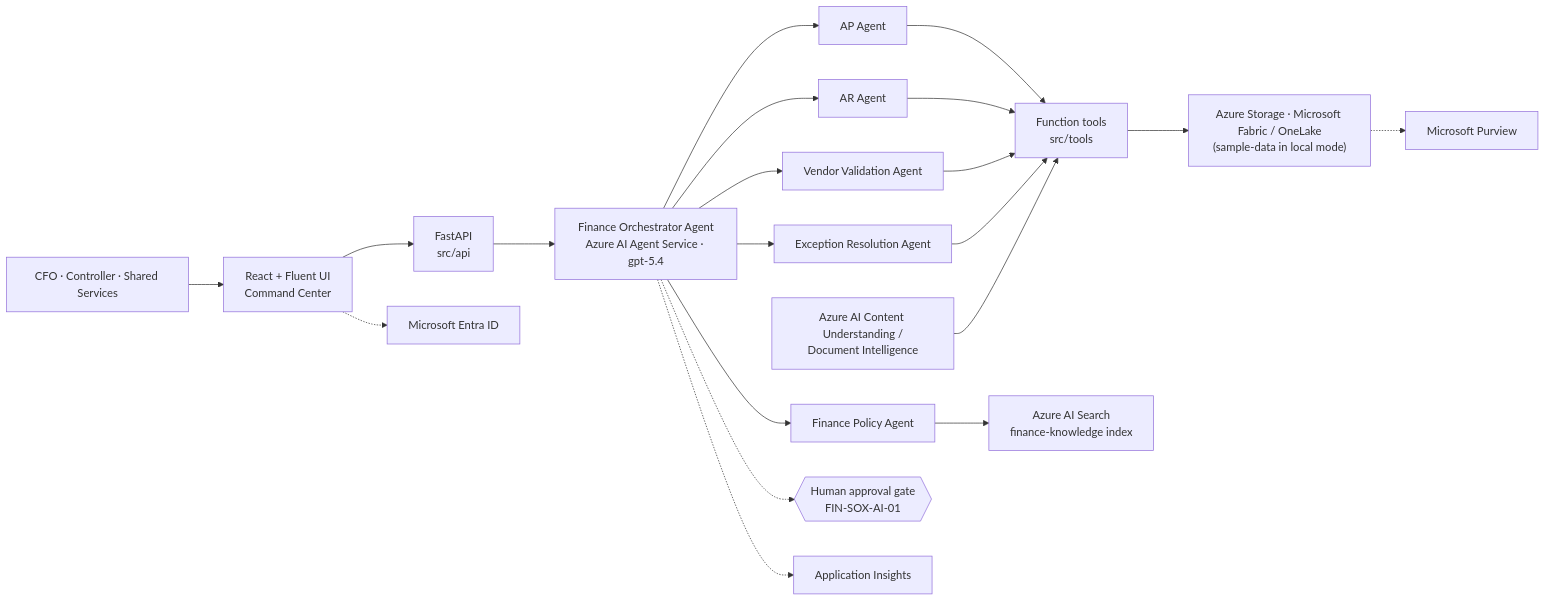
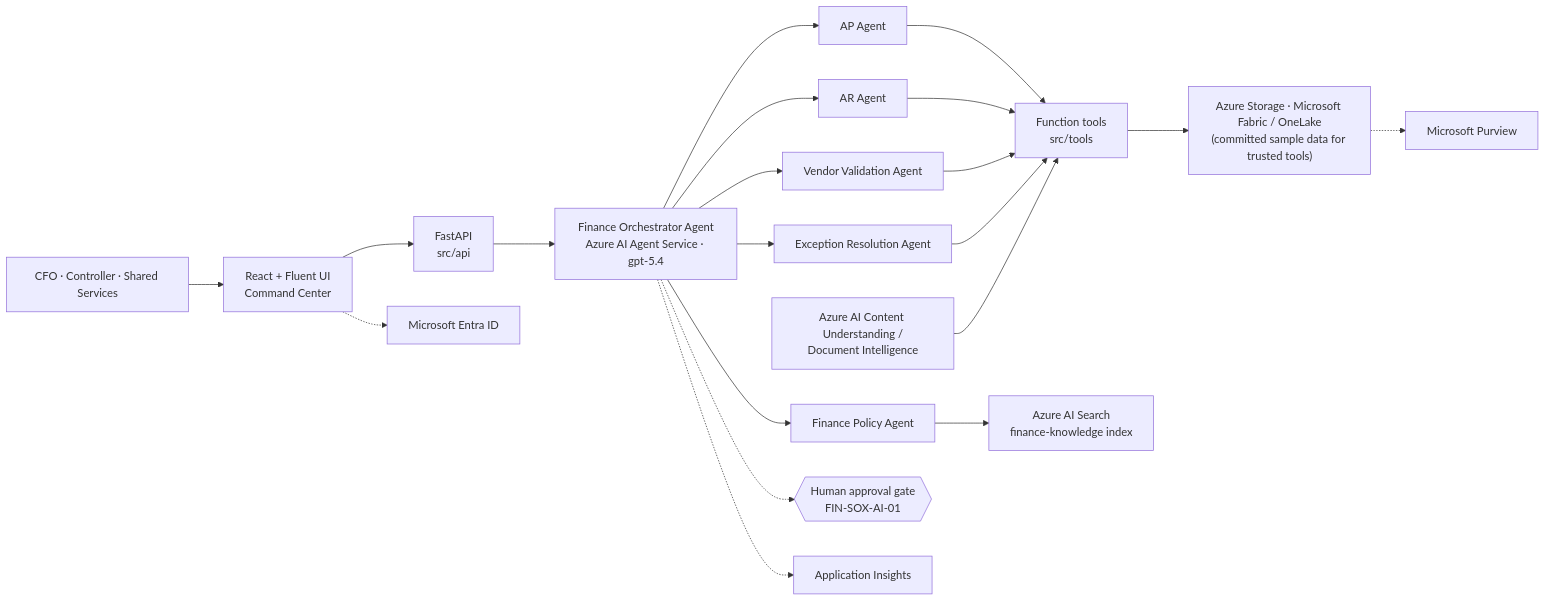
The diagram in README.md (mkabukcu7/ar_ap_demo), drawn with Mermaid before and after one commit. The commit also changed other lines of this file and 5 other files, not shown here.

````diff
--- a/README.md
+++ b/README.md
@@ -26,22 +26,22 @@
 ```mermaid
 flowchart LR
     U["CFO · Controller · Shared Services"] --> UI["React + Fluent UI<br/>Command Center"]
     UI --> API["FastAPI<br/>src/api"]
     API --> ORCH["Finance Orchestrator Agent<br/>Azure AI Agent Service · gpt-5.4"]
 
     ORCH --> AP["AP Agent"]
     ORCH --> AR["AR Agent"]
     ORCH --> POL["Finance Policy Agent"]
     ORCH --> VEN["Vendor Validation Agent"]
     ORCH --> EXC["Exception Resolution Agent"]
 
     AP & AR & VEN & EXC --> TOOLS["Function tools<br/>src/tools"]
     POL --> SEARCH["Azure AI Search<br/>finance-knowledge index"]
-    TOOLS --> DATA["Azure Storage · Microsoft Fabric / OneLake<br/>(sample-data in local mode)"]
+    TOOLS --> DATA["Azure Storage · Microsoft Fabric / OneLake<br/>(committed sample data for trusted tools)"]
     DI["Azure AI Content Understanding /<br/>Document Intelligence"] --> TOOLS
 
     ORCH -.-> HITL{{"Human approval gate<br/>FIN-SOX-AI-01"}}
     ORCH -.-> OBS["Application Insights"]
     DATA -.-> GOV["Microsoft Purview"]
     UI -.-> ENTRA["Microsoft Entra ID"]
 ```
````
